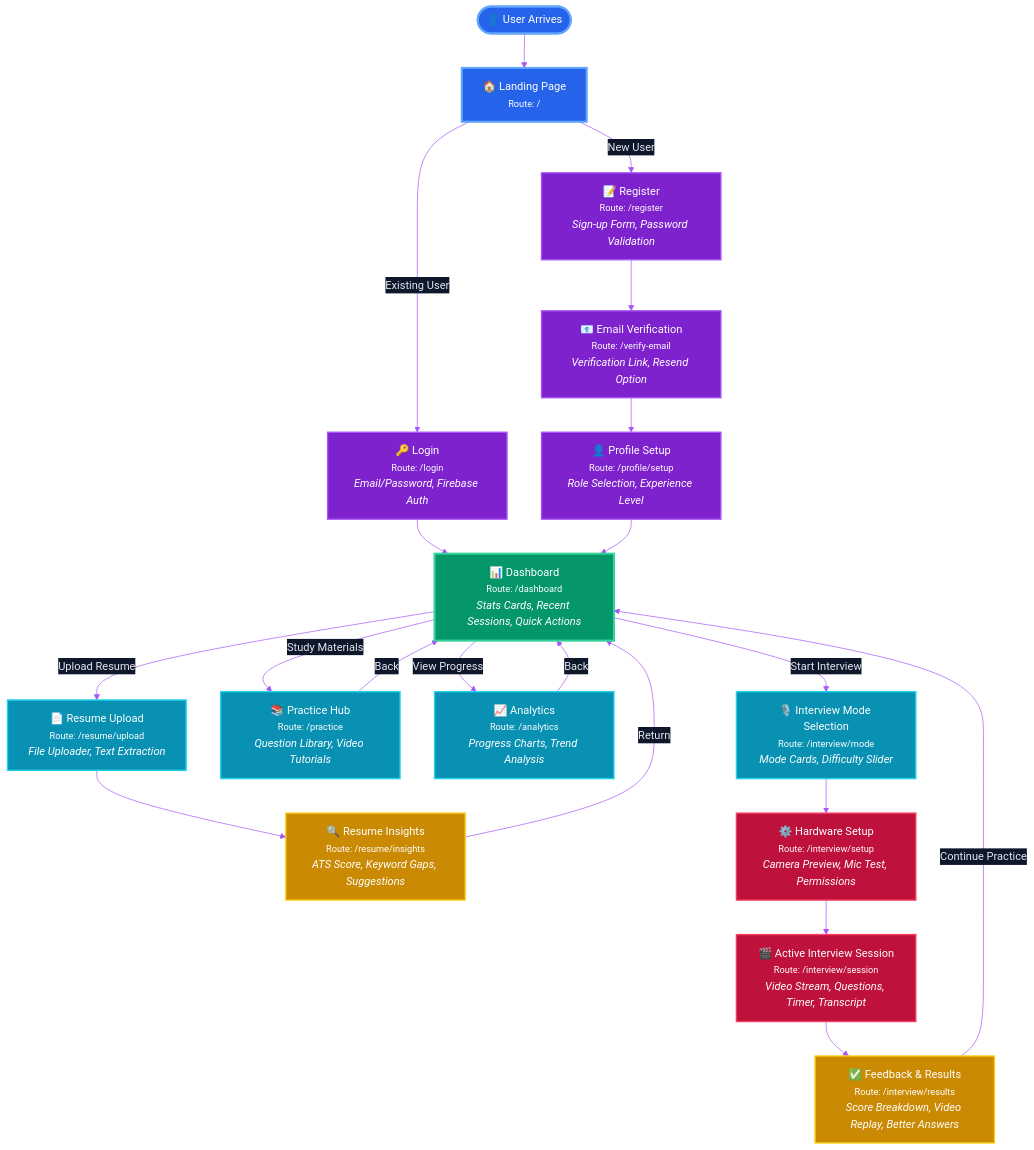
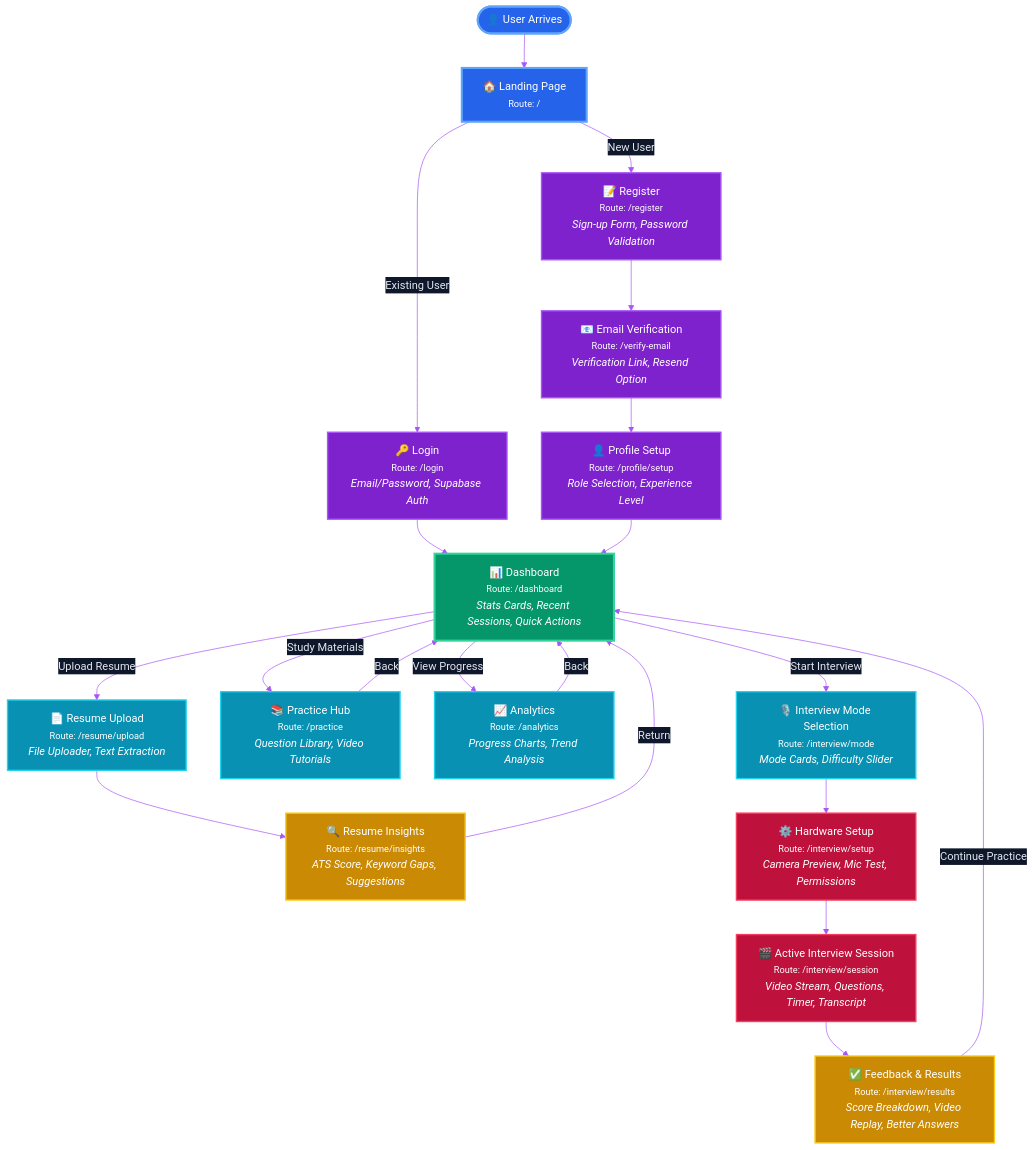
One commit to aaswani-v/ai-mock-interview changed the second of 2 diagrams in README.md. Above: the diagram before and after it, drawn with Mermaid. The commit also changed other lines of this file, not shown here.

````diff
--- a/README.md
+++ b/README.md
@@ -105,52 +170,52 @@
 ```mermaid
 %%{init: {'theme': 'base', 'themeVariables': { 'primaryColor': '#1e293b', 'primaryTextColor': '#e2e8f0', 'primaryBorderColor': '#7e22ce', 'lineColor': '#a855f7', 'secondaryColor': '#0f172a', 'tertiaryColor': '#334155', 'fontSize': '16px', 'fontFamily': 'Inter, system-ui, sans-serif'}}}%%
 
 graph TB
     Start([👤 User Arrives]) --> Landing[🏠 Landing Page<br/><small>Route: /</small>]
     
     %% Authentication Branch
     Landing -->|New User| Register[📝 Register<br/><small>Route: /register</small><br/><em>Sign-up Form, Password Validation</em>]
-    Landing -->|Existing User| Login[🔑 Login<br/><small>Route: /login</small><br/><em>Email/Password, Firebase Auth</em>]
+    Landing -->|Existing User| Login[🔑 Login<br/><small>Route: /login</small><br/><em>Email/Password, Supabase Auth</em>]
     
     Register --> Verify[📧 Email Verification<br/><small>Route: /verify-email</small><br/><em>Verification Link, Resend Option</em>]
     Verify --> Profile[👤 Profile Setup<br/><small>Route: /profile/setup</small><br/><em>Role Selection, Experience Level</em>]
     
     %% Dashboard Hub
     Login --> Dashboard[📊 Dashboard<br/><small>Route: /dashboard</small><br/><em>Stats Cards, Recent Sessions, Quick Actions</em>]
     Profile --> Dashboard
     
     %% Main Features
     Dashboard -->|Upload Resume| ResumeUpload[📄 Resume Upload<br/><small>Route: /resume/upload</small><br/><em>File Uploader, Text Extraction</em>]
     Dashboard -->|Study Materials| Practice[📚 Practice Hub<br/><small>Route: /practice</small><br/><em>Question Library, Video Tutorials</em>]
     Dashboard -->|View Progress| Analytics[📈 Analytics<br/><small>Route: /analytics</small><br/><em>Progress Charts, Trend Analysis</em>]
     Dashboard -->|Start Interview| Interview[🎙️ Interview Mode Selection<br/><small>Route: /interview/mode</small><br/><em>Mode Cards, Difficulty Slider</em>]
     
     %% Resume Flow
     ResumeUpload --> Insights[🔍 Resume Insights<br/><small>Route: /resume/insights</small><br/><em>ATS Score, Keyword Gaps, Suggestions</em>]
     Insights -->|Return| Dashboard
     
     %% Interview Flow
     Interview --> Setup[⚙️ Hardware Setup<br/><small>Route: /interview/setup</small><br/><em>Camera Preview, Mic Test, Permissions</em>]
     Setup --> Active[🎬 Active Interview Session<br/><small>Route: /interview/session</small><br/><em>Video Stream, Questions, Timer, Transcript</em>]
     Active --> Results[✅ Feedback & Results<br/><small>Route: /interview/results</small><br/><em>Score Breakdown, Video Replay, Better Answers</em>]
     Results -->|Continue Practice| Dashboard
     
     %% Practice and Analytics Return
     Practice -->|Back| Dashboard
     Analytics -->|Back| Dashboard
     
     %% Styling
     classDef entryPoint fill:#2563eb,stroke:#60a5fa,stroke-width:3px,color:#fff
     classDef authNode fill:#7e22ce,stroke:#a855f7,stroke-width:2px,color:#fff
     classDef dashNode fill:#059669,stroke:#34d399,stroke-width:3px,color:#fff
     classDef featureNode fill:#0891b2,stroke:#22d3ee,stroke-width:2px,color:#fff
     classDef interviewNode fill:#be123c,stroke:#f43f5e,stroke-width:2px,color:#fff
     classDef resultNode fill:#ca8a04,stroke:#facc15,stroke-width:2px,color:#fff
     
     class Start,Landing entryPoint
     class Register,Login,Verify,Profile authNode
     class Dashboard dashNode
     class ResumeUpload,Practice,Analytics,Interview featureNode
     class Setup,Active interviewNode
     class Results,Insights resultNode
 ```
````
